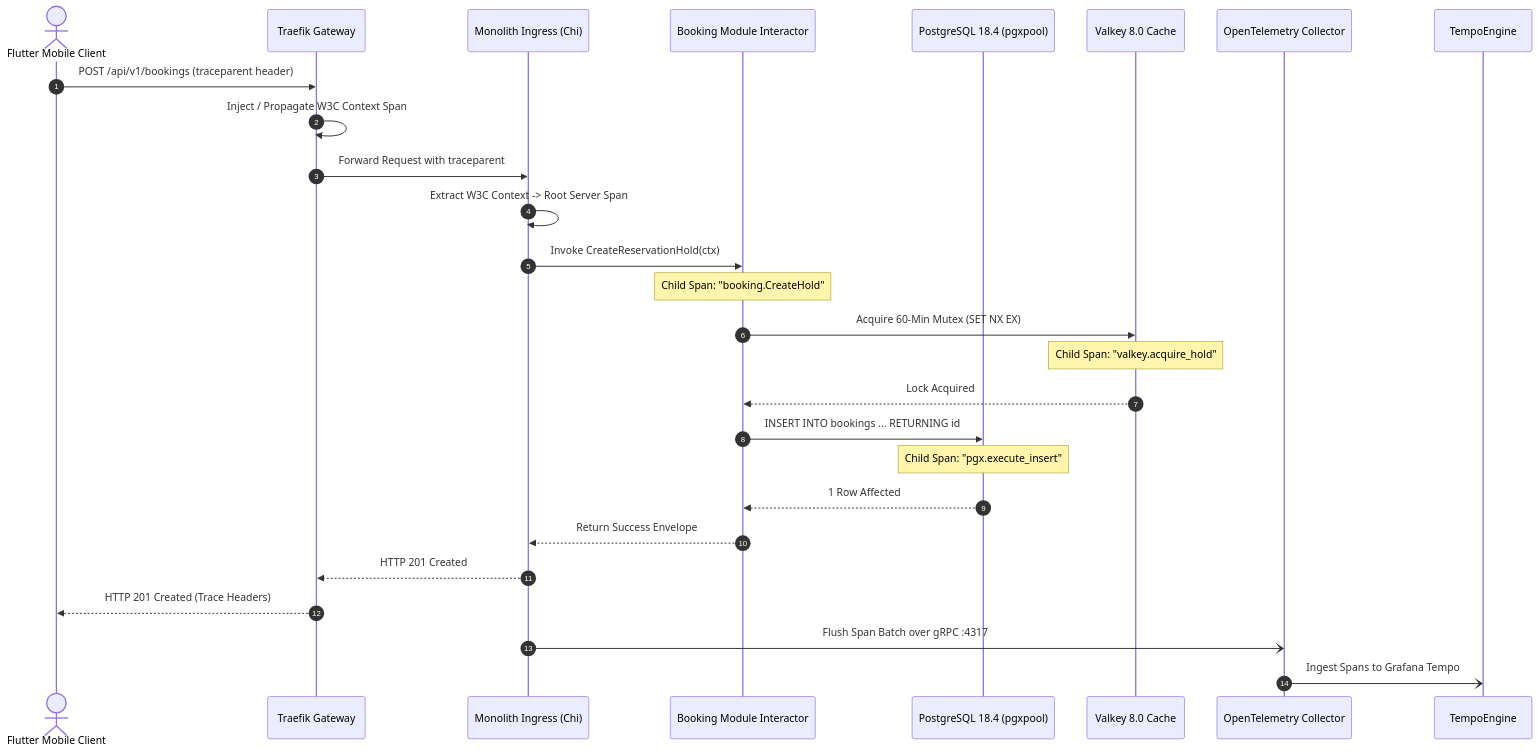
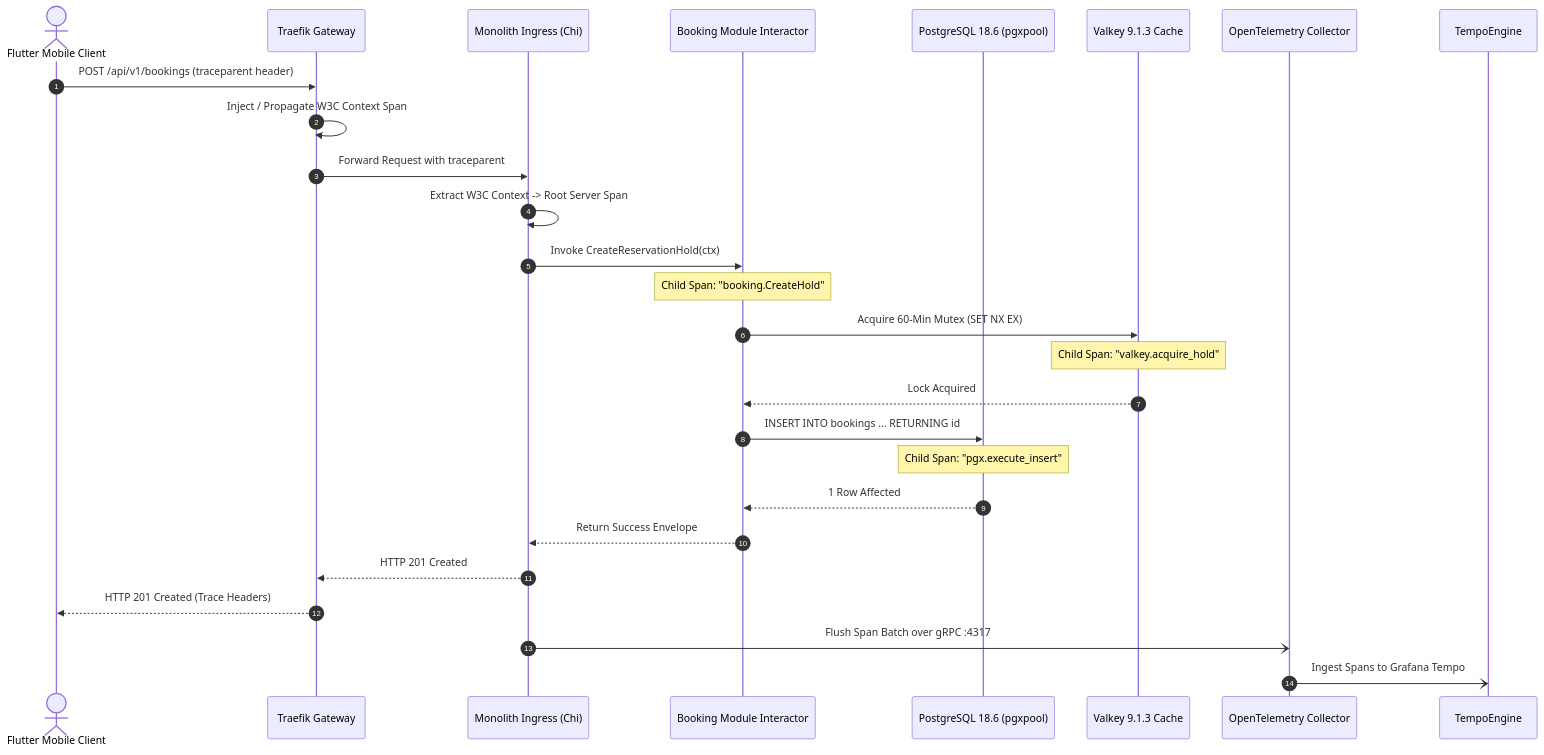
The fourth of 9 diagrams in docs/shared/architecture/11-observability-monitoring.md (YDink/Heavy-Machinery-Logistics-Rental), drawn with Mermaid before and after one commit. The commit also changed other lines of this file and 212 other files, not shown here.

````diff
--- a/docs/shared/architecture/11-observability-monitoring.md
+++ b/docs/shared/architecture/11-observability-monitoring.md
@@ -335,35 +335,35 @@
 ```mermaid
 sequenceDiagram
     autonumber
     actor Client as Flutter Mobile Client
     participant Traefik as Traefik Gateway
     participant GoHTTP as Monolith Ingress (Chi)
     participant BookingMod as Booking Module Interactor
-    participant DB as PostgreSQL 18.4 (pgxpool)
-    participant VK as Valkey 8.0 Cache
+    participant DB as PostgreSQL 18.6 (pgxpool)
+    participant VK as Valkey 9.1.3 Cache
     participant OTel as OpenTelemetry Collector
 
     Client->>Traefik: POST /api/v1/bookings (traceparent header)
     Traefik->>Traefik: Inject / Propagate W3C Context Span
     Traefik->>GoHTTP: Forward Request with traceparent
     GoHTTP->>GoHTTP: Extract W3C Context -> Root Server Span
 
     GoHTTP->>BookingMod: Invoke CreateReservationHold(ctx)
     Note over BookingMod: Child Span: "booking.CreateHold"
 
     BookingMod->>VK: Acquire 60-Min Mutex (SET NX EX)
     Note over VK: Child Span: "valkey.acquire_hold"
     VK-->>BookingMod: Lock Acquired
 
     BookingMod->>DB: INSERT INTO bookings ... RETURNING id
     Note over DB: Child Span: "pgx.execute_insert"
     DB-->>BookingMod: 1 Row Affected
 
     BookingMod-->>GoHTTP: Return Success Envelope
     GoHTTP-->>Traefik: HTTP 201 Created
     Traefik-->>Client: HTTP 201 Created (Trace Headers)
 
     %% Async Telemetry Export
     GoHTTP-)OTel: Flush Span Batch over gRPC :4317
     OTel-)TempoEngine: Ingest Spans to Grafana Tempo
 ```
````
